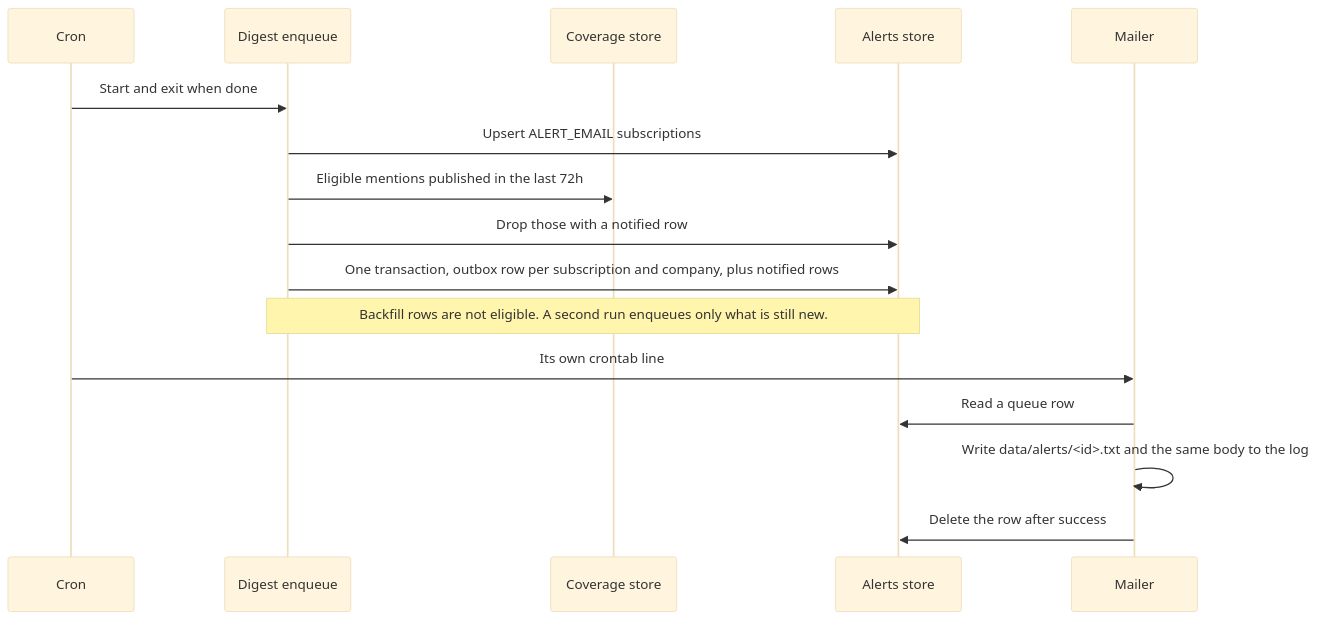
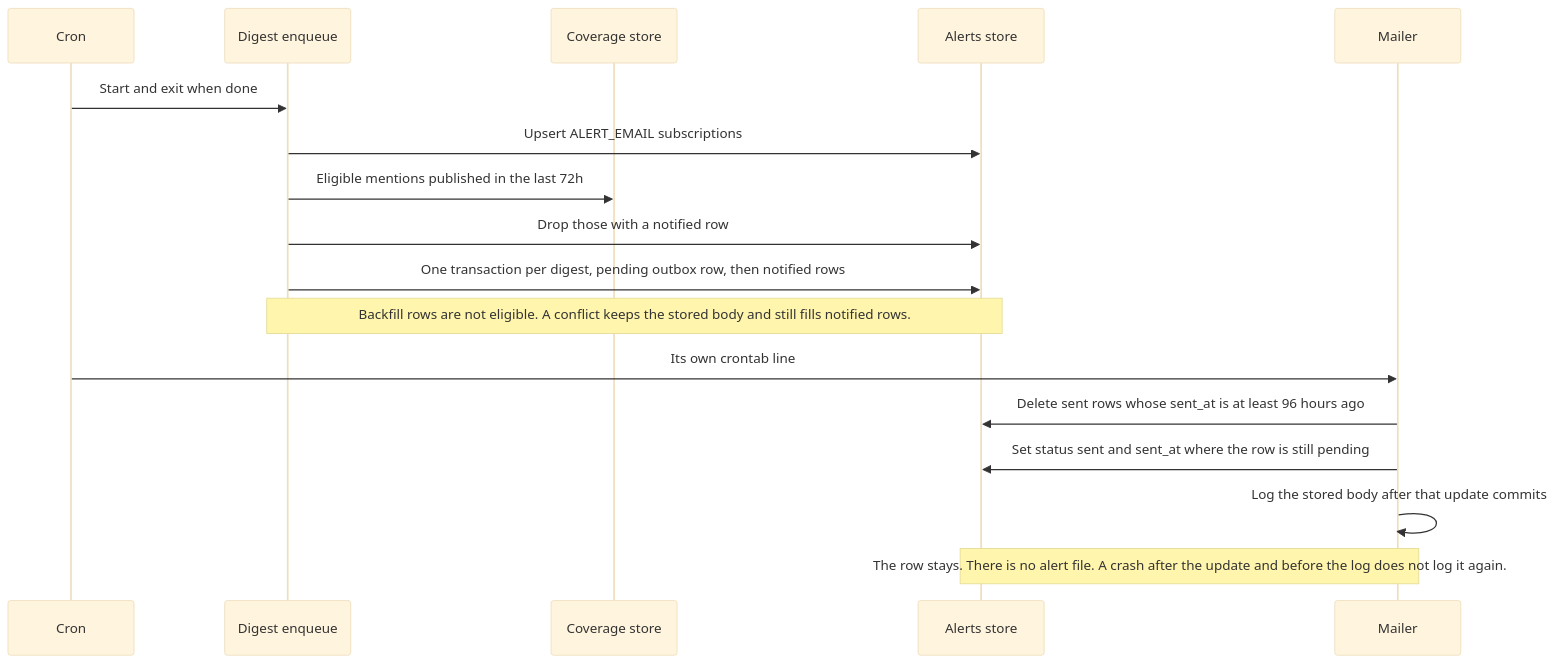
The fourth of 8 diagrams in docs/ARCHITECTURE.md (itayavtalyon/press-mentions), drawn with Mermaid (base theme) before and after one commit. The commit also changed other lines of this file and 374 other files, not shown here.

````diff
--- a/docs/ARCHITECTURE.md
+++ b/docs/ARCHITECTURE.md
@@ -126,19 +142,20 @@
 ```mermaid
 sequenceDiagram
   participant Cron
   participant Digest as Digest enqueue
   participant Coverage as Coverage store
   participant Alerts as Alerts store
   participant Mail as Mailer
 
   Cron->>Digest: Start and exit when done
   Digest->>Alerts: Upsert ALERT_EMAIL subscriptions
   Digest->>Coverage: Eligible mentions published in the last 72h
   Digest->>Alerts: Drop those with a notified row
-  Digest->>Alerts: One transaction, outbox row per subscription and company, plus notified rows
-  Note over Digest,Alerts: Backfill rows are not eligible. A second run enqueues only what is still new.
+  Digest->>Alerts: One transaction per digest, pending outbox row, then notified rows
+  Note over Digest,Alerts: Backfill rows are not eligible. A conflict keeps the stored body and still fills notified rows.
   Cron->>Mail: Its own crontab line
-  Mail->>Alerts: Read a queue row
-  Mail->>Mail: Write data/alerts/<id>.txt and the same body to the log
-  Mail->>Alerts: Delete the row after success
+  Mail->>Alerts: Delete sent rows whose sent_at is at least 96 hours ago
+  Mail->>Alerts: Set status sent and sent_at where the row is still pending
+  Mail->>Mail: Log the stored body after that update commits
+  Note over Mail,Alerts: The row stays. There is no alert file. A crash after the update and before the log does not log it again.
 ```
````
